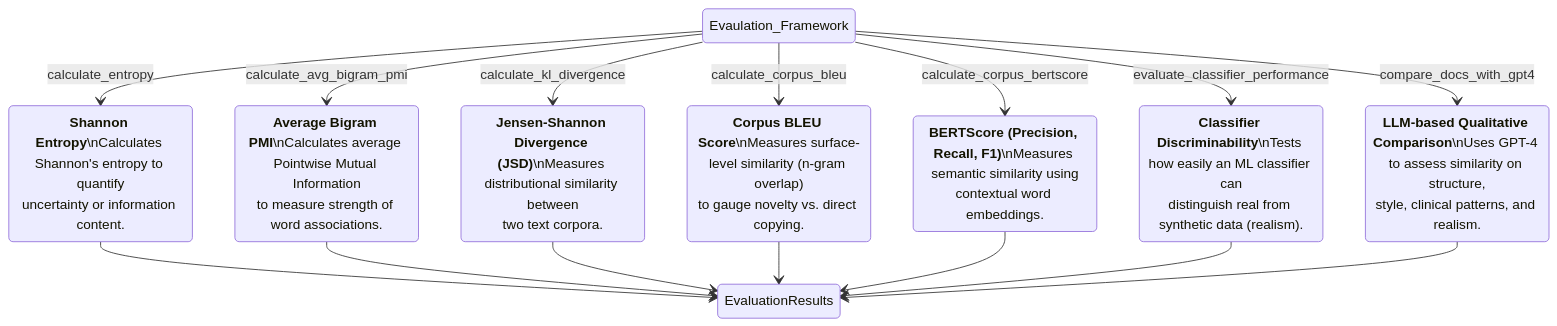
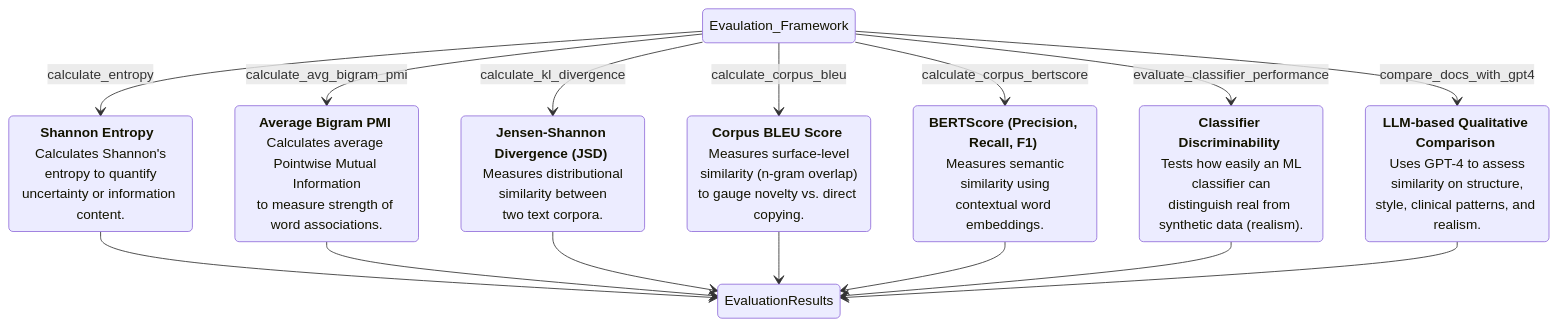
Before and after one commit to HR-DataLab-Healthcare/RESEARCH_SUPPORT: the fifth of 6 diagrams in PROJECTS/Generative_Agent_based_Data-Synthesis/Readme.md, drawn with Mermaid.

````diff
--- a/PROJECTS/Generative_Agent_based_Data-Synthesis/Readme.md
+++ b/PROJECTS/Generative_Agent_based_Data-Synthesis/Readme.md
@@ -591,34 +591,34 @@
 ```mermaid
 
 stateDiagram-v2
 
     Evaulation_Framework --> Metric_ShannonEntropy : calculate_entropy
-    Metric_ShannonEntropy: **Shannon Entropy**\nCalculates Shannon's entropy to quantify<br>uncertainty or information content.
+    Metric_ShannonEntropy: **Shannon Entropy**  <br> Calculates Shannon's entropy to quantify<br>uncertainty or information content.
 
     Evaulation_Framework --> Metric_AvgBigramPMI : calculate_avg_bigram_pmi
-    Metric_AvgBigramPMI: **Average Bigram PMI**\nCalculates average Pointwise Mutual Information<br>to measure strength of word associations.
+    Metric_AvgBigramPMI: **Average Bigram PMI** Calculates average Pointwise Mutual Information<br>to measure strength of word associations.
 
     Evaulation_Framework --> Metric_JSD : calculate_kl_divergence
-    Metric_JSD: **Jensen-Shannon Divergence (JSD)**\nMeasures distributional similarity between<br>two text corpora.
+    Metric_JSD: **Jensen-Shannon Divergence (JSD)** <br> Measures distributional similarity between<br>two text corpora.
 
     Evaulation_Framework --> Metric_CorpusBLEU : calculate_corpus_bleu
-    Metric_CorpusBLEU: **Corpus BLEU Score**\nMeasures surface-level similarity (n-gram overlap)<br>to gauge novelty vs. direct copying.
+    Metric_CorpusBLEU: **Corpus BLEU Score** <br> Measures surface-level similarity (n-gram overlap)<br>to gauge novelty vs. direct copying.
 
     Evaulation_Framework --> Metric_BERTScore : calculate_corpus_bertscore
-    Metric_BERTScore: **BERTScore (Precision, Recall, F1)**\nMeasures semantic similarity using<br>contextual word embeddings.
+    Metric_BERTScore: **BERTScore (Precision, Recall, F1)** <br> Measures semantic similarity using<br>contextual word embeddings.
 
     Evaulation_Framework --> Metric_ClassifierDiscriminability : evaluate_classifier_performance
-    Metric_ClassifierDiscriminability: **Classifier Discriminability**\nTests how easily an ML classifier can<br>distinguish real from synthetic data (realism).
+    Metric_ClassifierDiscriminability: **Classifier Discriminability** <br> Tests how easily an ML classifier can<br>distinguish real from synthetic data (realism).
 
     Evaulation_Framework --> Metric_LLMQualitativeComparison : compare_docs_with_gpt4
-    Metric_LLMQualitativeComparison: **LLM-based Qualitative Comparison**\nUses GPT-4 to assess similarity on structure,<br>style, clinical patterns, and realism.
+    Metric_LLMQualitativeComparison: **LLM-based Qualitative Comparison** <br> Uses GPT-4 to assess similarity on structure,<br>style, clinical patterns, and realism.
 
     Metric_ShannonEntropy --> EvaluationResults
     Metric_AvgBigramPMI --> EvaluationResults
     Metric_JSD --> EvaluationResults
     Metric_CorpusBLEU --> EvaluationResults
     Metric_BERTScore --> EvaluationResults
     Metric_ClassifierDiscriminability --> EvaluationResults
     Metric_LLMQualitativeComparison --> EvaluationResults
 
 ```
````
